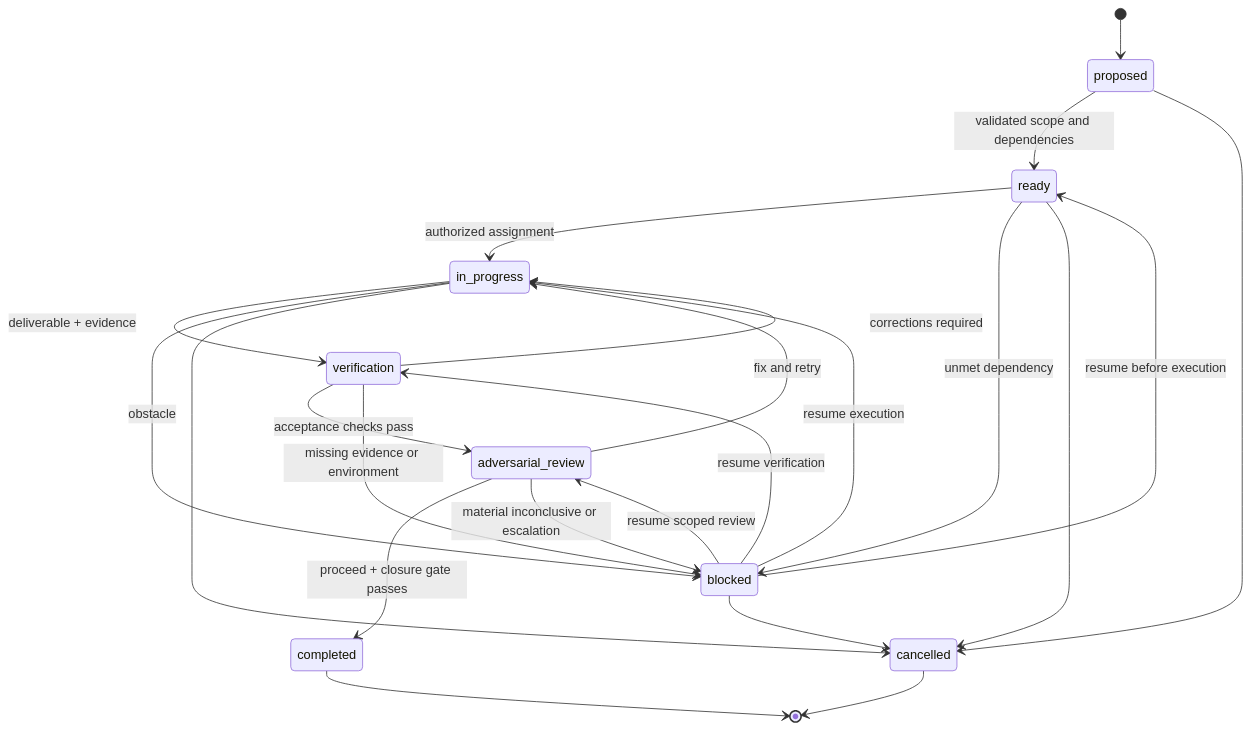
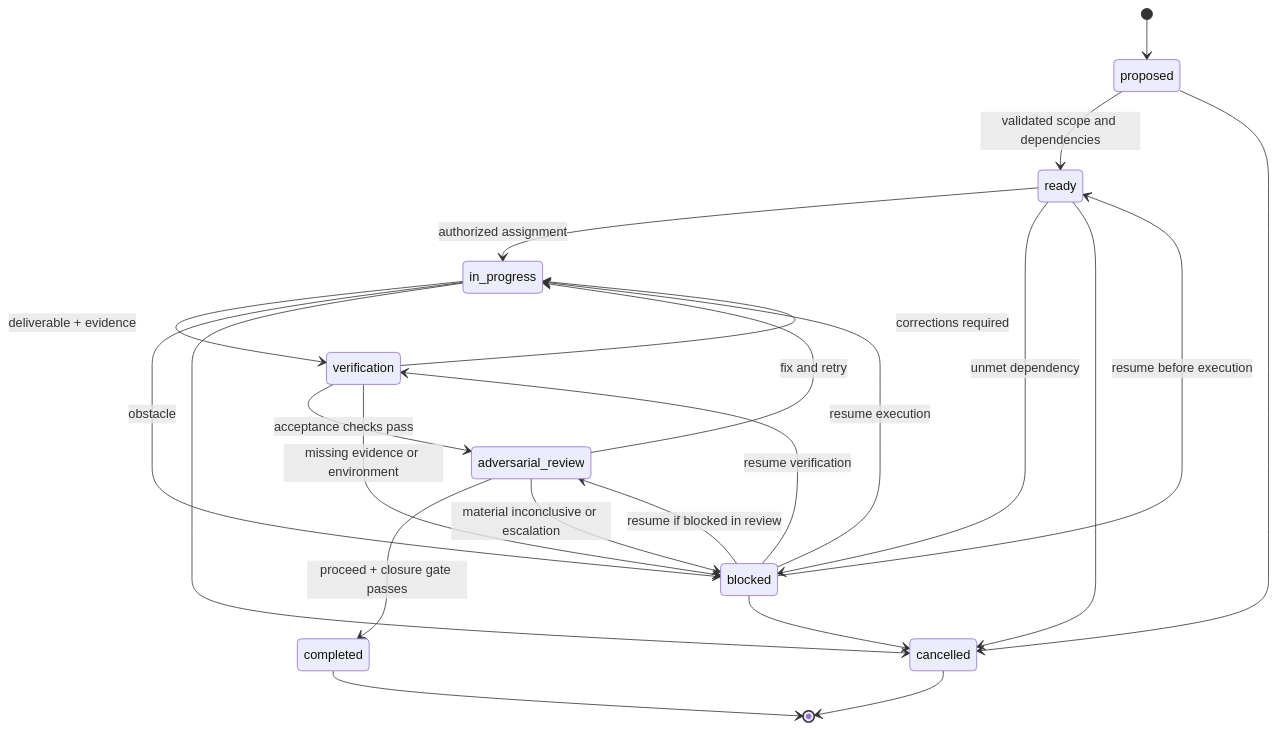
One commit to kristhianmanue1/skevi changed the second of 6 diagrams in docs/proposals/PROP-014-contrato-coordinacion-multi-proyecto.md. Above: the diagram before and after it, drawn with Mermaid. The commit also changed other lines of this file, not shown here.

Commit message:
docs(PROP-014): contrato v0.3.0-candidata - Rule A5, AR2 reuso inspeccionable, 7.2 proporcionalidad, E3, L3/L4, recuperacion 8, tres planos, renuncia acotada; 6/6 mermaid VALID

````diff
--- a/docs/proposals/PROP-014-contrato-coordinacion-multi-proyecto.md
+++ b/docs/proposals/PROP-014-contrato-coordinacion-multi-proyecto.md
@@ -190,25 +183,25 @@
 ```mermaid
 stateDiagram-v2
     [*] --> proposed
     proposed --> ready: validated scope and dependencies
     proposed --> cancelled
     ready --> in_progress: authorized assignment
     ready --> blocked: unmet dependency
     in_progress --> verification: deliverable + evidence
     in_progress --> blocked: obstacle
     verification --> adversarial_review: acceptance checks pass
     verification --> in_progress: corrections required
     verification --> blocked: missing evidence or environment
     adversarial_review --> completed: proceed + closure gate passes
     adversarial_review --> in_progress: fix and retry
     adversarial_review --> blocked: material inconclusive or escalation
     blocked --> ready: resume before execution
     blocked --> in_progress: resume execution
     blocked --> verification: resume verification
-    blocked --> adversarial_review: resume scoped review
+    blocked --> adversarial_review: resume if blocked in review
     ready --> cancelled
     in_progress --> cancelled
     blocked --> cancelled
     completed --> [*]
     cancelled --> [*]
 ```
````
